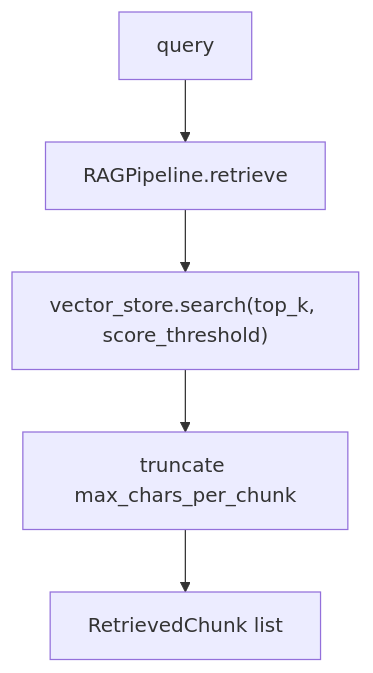
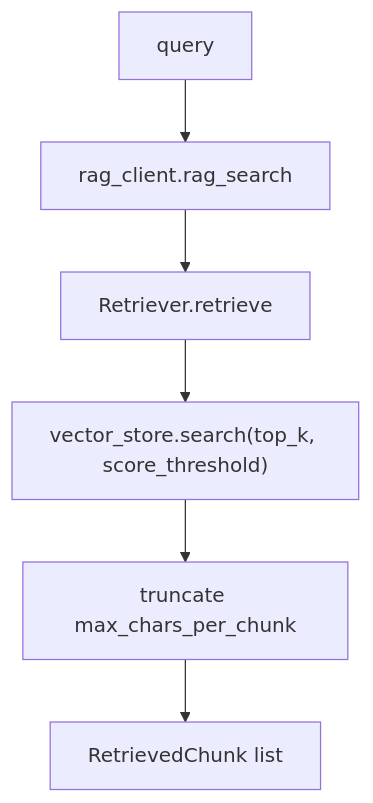
The fifth of 5 diagrams in ARCHITECTURE.md (gawaliashay/restaurant_feasibility_report_generator), drawn with Mermaid before and after one commit. The commit also changed other lines of this file and 13 other files, not shown here.

````diff
--- a/ARCHITECTURE.md
+++ b/ARCHITECTURE.md
@@ -156,7 +179,8 @@
 ```mermaid
 flowchart TD
-    Q[query] --> R[RAGPipeline.retrieve]
+    Q[query] --> C[rag_client.rag_search]
+    C --> R[Retriever.retrieve]
     R --> V["vector_store.search(top_k, score_threshold)"]
     V --> X[truncate max_chars_per_chunk]
     X --> OUT[RetrievedChunk list]
 ```
````
